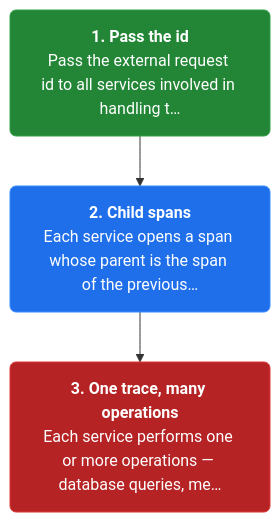
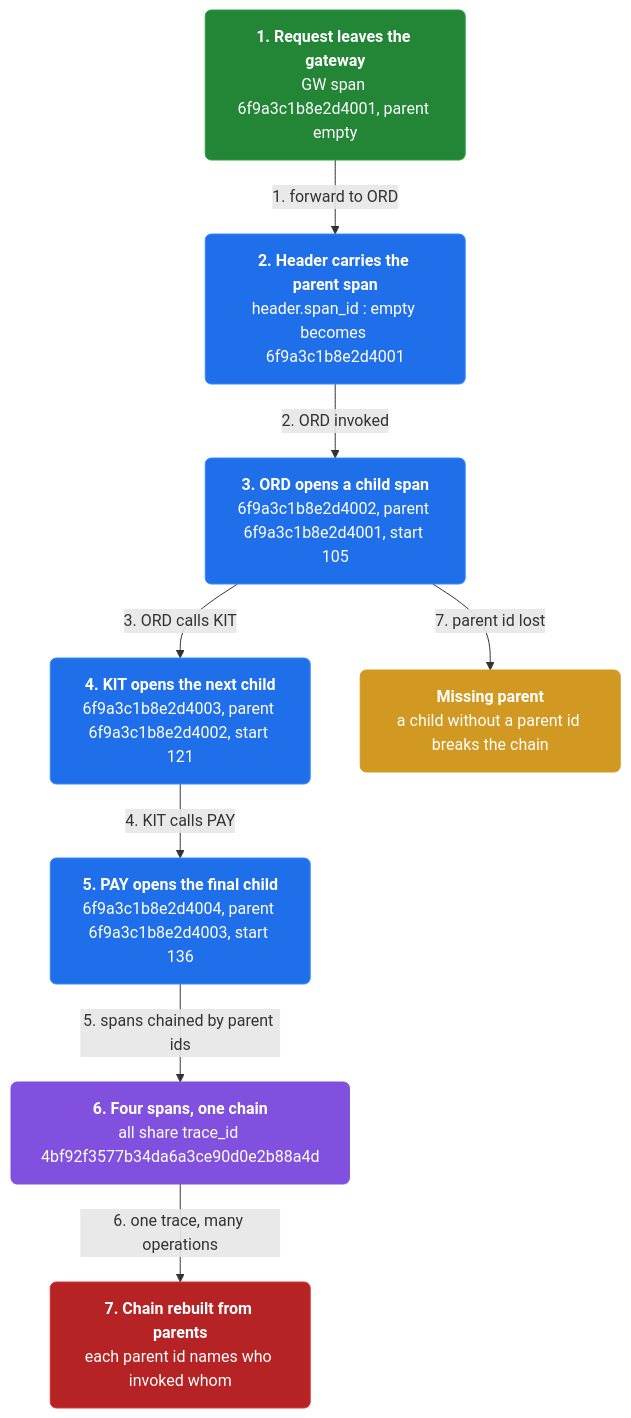
One commit to vinayakuber/microservices-io-study-guide changed the second of 4 diagrams in docs/ch33-distributed-tracing.md. Above: the diagram before and after it, drawn with Mermaid. The commit also changed other lines of this file and 46 other files, not shown here.

First line of the commit message:
Author rich branching flow diagrams for all 44 chapters

````diff
--- a/docs/ch33-distributed-tracing.md
+++ b/docs/ch33-distributed-tracing.md
@@ -54,11 +66,23 @@
 ```mermaid
 flowchart TD
-  classDef step fill:#1f6feb,color:#ffffff,stroke:#388bfd,stroke-width:1px,rx:6
+  classDef step fill:#1f6feb,color:#ffffff,stroke:#388bfd,rx:6
+  classDef core fill:#8250df,color:#ffffff,stroke:#8250df,rx:6
+  classDef warn fill:#d29922,color:#ffffff,stroke:#d29922,rx:6
   classDef start fill:#238636,color:#ffffff,stroke:#2ea043,rx:6
   classDef stop fill:#b62324,color:#ffffff,stroke:#da3633,rx:6
-  s1n0["<b>1. Pass the id</b><br/>Pass the external request id to all services involved in handling t…"]:::start
-  s1n1["<b>2. Child spans</b><br/>Each service opens a span whose parent is the span of the previous…"]:::step
-  s1n2["<b>3. One trace, many operations</b><br/>Each service performs one or more operations — database queries, me…"]:::stop
-  s1n0 --> s1n1
-  s1n1 --> s1n2
+  n0["<b>1. Request leaves the gateway</b><br/>GW span 6f9a3c1b8e2d4001, parent empty"]:::start
+  n1["<b>2. Header carries the parent span</b><br/>header.span_id : empty becomes 6f9a3c1b8e2d4001"]:::step
+  n2["<b>3. ORD opens a child span</b><br/>6f9a3c1b8e2d4002, parent 6f9a3c1b8e2d4001, start 105"]:::step
+  n3["<b>4. KIT opens the next child</b><br/>6f9a3c1b8e2d4003, parent 6f9a3c1b8e2d4002, start 121"]:::step
+  n4["<b>5. PAY opens the final child</b><br/>6f9a3c1b8e2d4004, parent 6f9a3c1b8e2d4003, start 136"]:::step
+  n5["<b>6. Four spans, one chain</b><br/>all share trace_id 4bf92f3577b34da6a3ce90d0e2b88a4d"]:::core
+  n6["<b>7. Chain rebuilt from parents</b><br/>each parent id names who invoked whom"]:::stop
+  n7["<b>Missing parent</b><br/>a child without a parent id breaks the chain"]:::warn
+  n0 -->|"1. forward to ORD"| n1
+  n1 -->|"2. ORD invoked"| n2
+  n2 -->|"3. ORD calls KIT"| n3
+  n3 -->|"4. KIT calls PAY"| n4
+  n4 -->|"5. spans chained by parent ids"| n5
+  n5 -->|"6. one trace, many operations"| n6
+  n2 -->|"7. parent id lost"| n7
 ```
````
